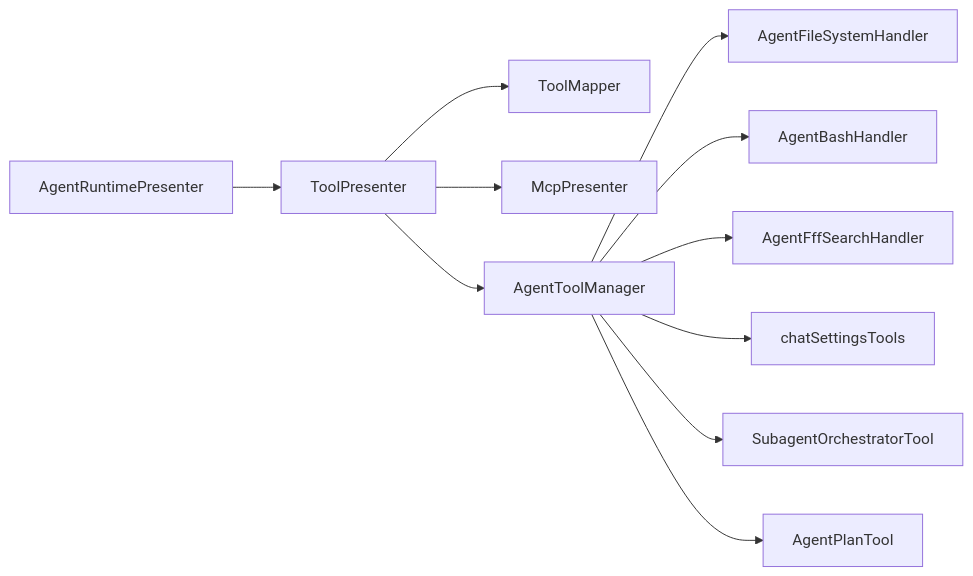
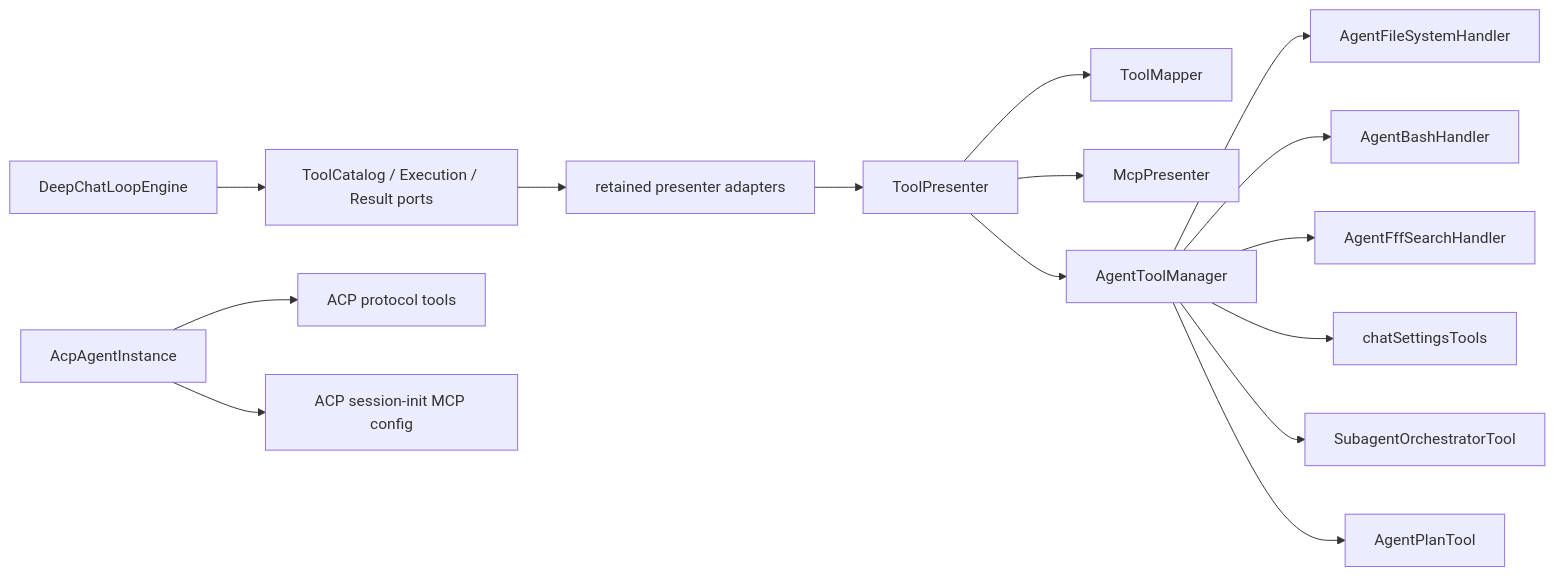
One commit to ThinkInAIXYZ/deepchat changed the first of 2 diagrams in docs/architecture/tool-system.md. Above: the diagram before and after it, drawn with Mermaid. The commit also changed other lines of this file and 25 other files, not shown here.

Commit message:
docs(agent): converge layered runtime architecture

````diff
--- a/docs/architecture/tool-system.md
+++ b/docs/architecture/tool-system.md
@@ -26,13 +28,17 @@
 ```mermaid
 graph LR
-    DeepChat["AgentRuntimePresenter"] --> ToolPresenter["ToolPresenter"]
+    Loop["DeepChatLoopEngine"] --> Ports["ToolCatalog / Execution / Result ports"]
+    Ports --> Adapters["retained presenter adapters"]
+    Adapters --> ToolPresenter["ToolPresenter"]
     ToolPresenter --> Mapper["ToolMapper"]
     ToolPresenter --> Mcp["McpPresenter"]
     ToolPresenter --> AgentTools["AgentToolManager"]
     AgentTools --> Fs["AgentFileSystemHandler"]
     AgentTools --> Bash["AgentBashHandler"]
     AgentTools --> FFF["AgentFffSearchHandler"]
     AgentTools --> Settings["chatSettingsTools"]
     AgentTools --> Subagents["SubagentOrchestratorTool"]
     AgentTools --> Plan["AgentPlanTool"]
+    Acp["AcpAgentInstance"] --> Protocol["ACP protocol tools"]
+    Acp --> McpConfig["ACP session-init MCP config"]
 ```
````
